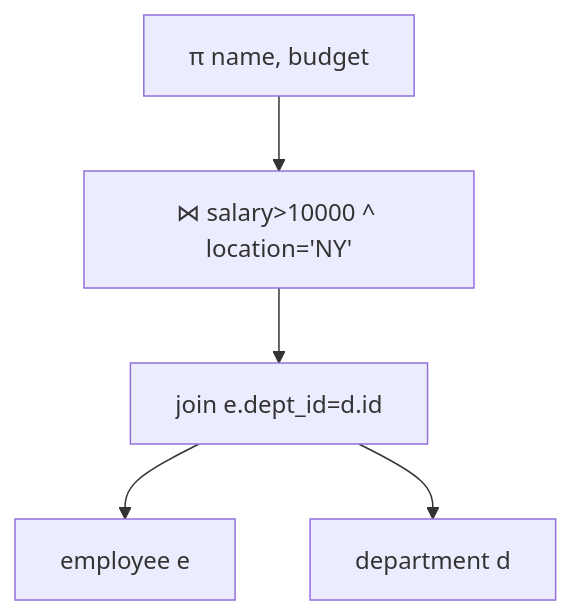
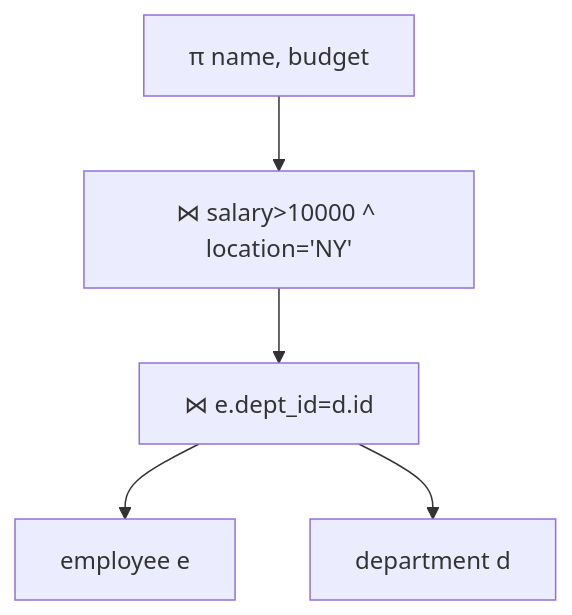
Diagram 17 of 20 in README.md (FirmamentumX/HUSTCS-DP2025), drawn with Mermaid before and after one commit. The commit also changed other lines of this file, not shown here.

````diff
--- a/README.md
+++ b/README.md
@@ -2598,7 +2657,7 @@
 ```mermaid
 graph TD
     A[π name, budget] --> B["⋈" salary>10000 ^ location='NY']
-    B --> C[join e.dept_id=d.id]
+    B --> C["⋈" e.dept_id=d.id]
     C --> D[employee e]
     C --> E[department d]
 ```
````
